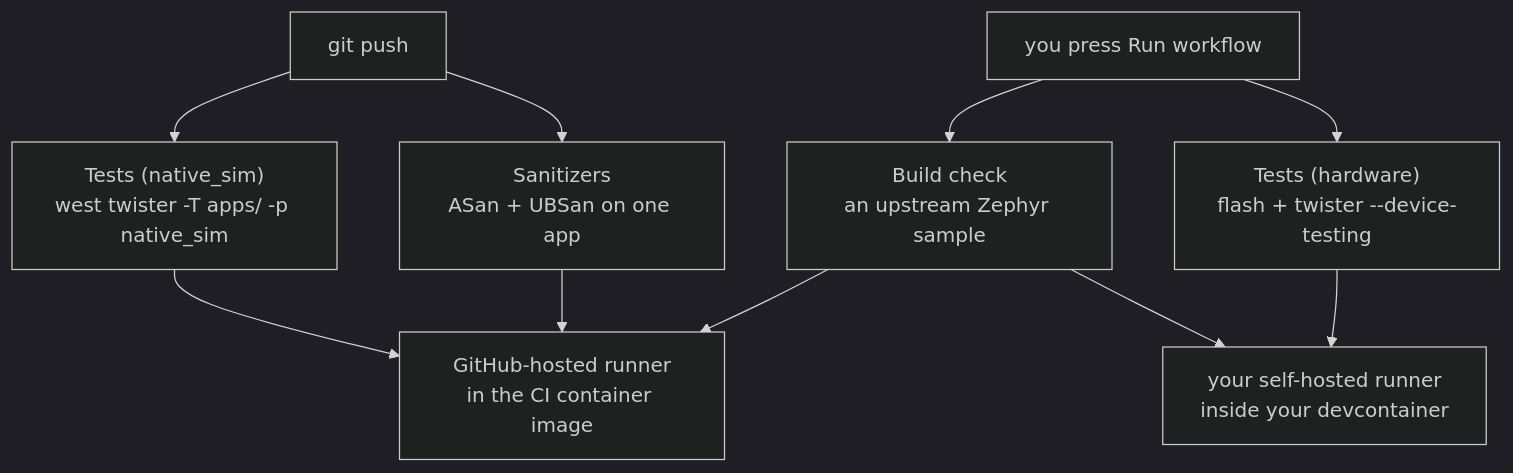
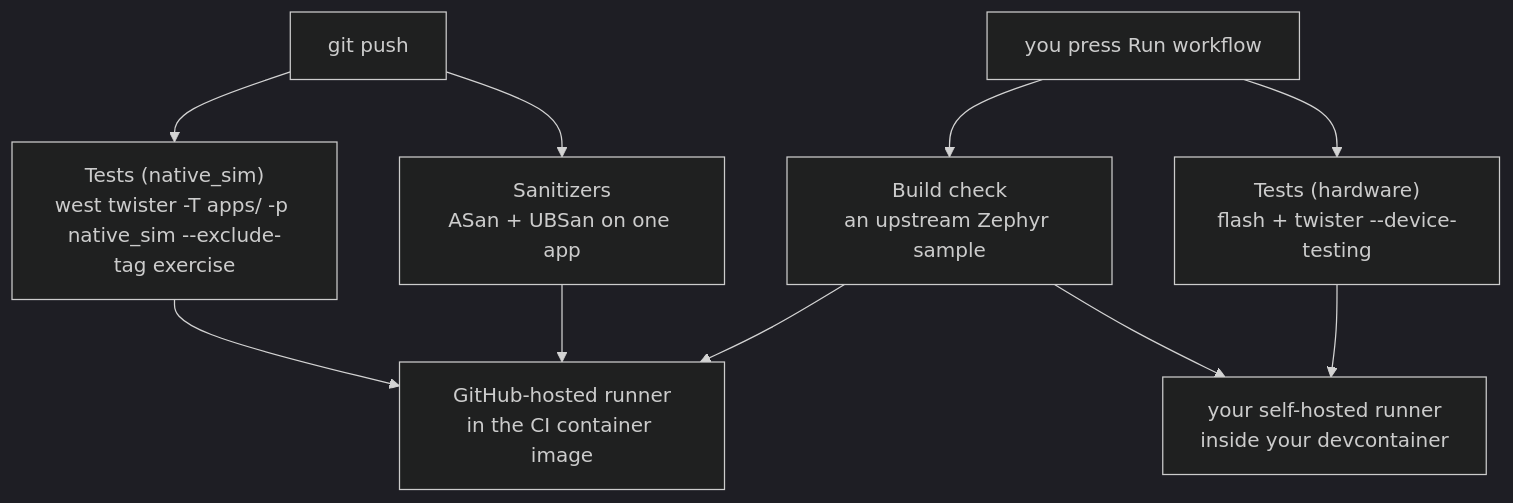
One commit to royyandzakiy/zephyr-testing-workshop changed the diagram in docs/guides/ci.md. Above: the diagram before and after it, drawn with Mermaid (dark theme). The commit also changed other lines of this file and 20 other files, not shown here.

````diff
--- a/docs/guides/ci.md
+++ b/docs/guides/ci.md
@@ -34,16 +34,16 @@
 ```mermaid
 flowchart TD
     push["git push"]
-    push --> ns["Tests (native_sim)<br/>west twister -T apps/ -p native_sim"]
+    push --> ns["Tests (native_sim)<br/>west twister -T apps/ -p native_sim --exclude-tag exercise"]
     push --> san["Sanitizers<br/>ASan + UBSan on one app"]
 
     man["you press Run workflow"]
     man --> bc["Build check<br/>an upstream Zephyr sample"]
     man --> hw["Tests (hardware)<br/>flash + twister --device-testing"]
 
     ns --> gh["GitHub-hosted runner<br/>in the CI container image"]
     san --> gh
     bc --> gh
     bc --> sh["your self-hosted runner<br/>inside your devcontainer"]
     hw --> sh
 ```
````
